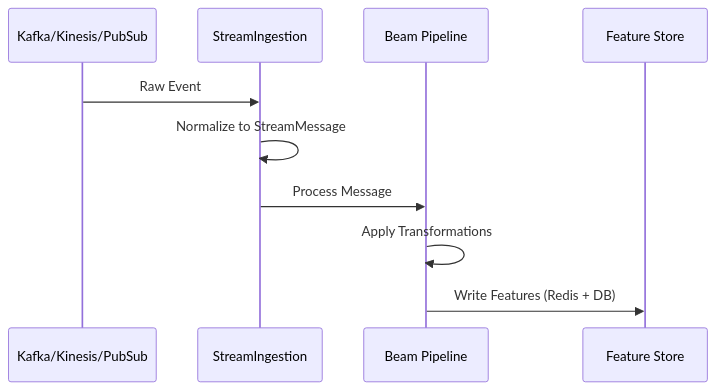
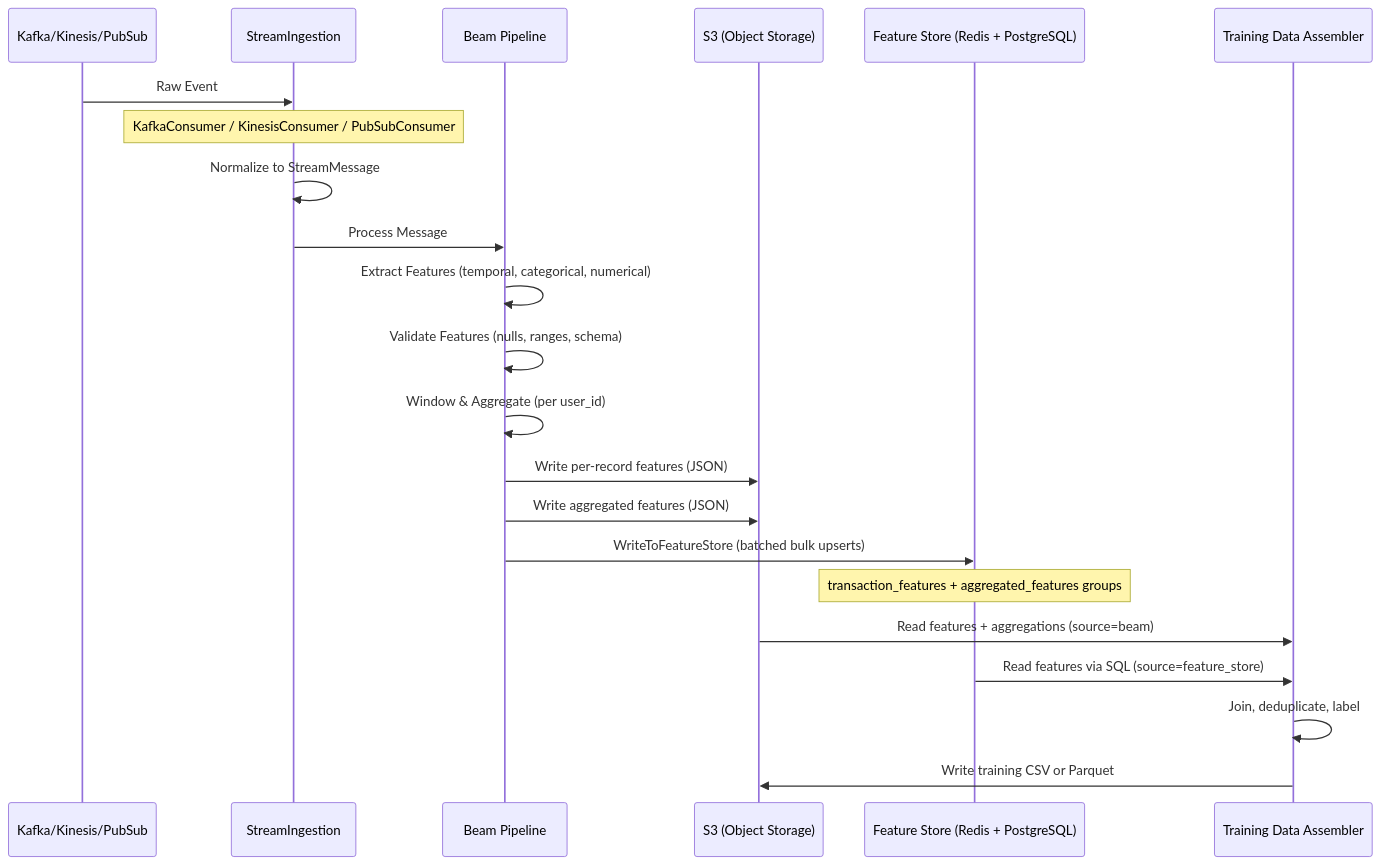
Before and after one commit to ItaloPinheiro/rt-ml-multicloud-platform: the first of 4 diagrams in docs/architecture/data_flow.md, drawn with Mermaid. The commit also changed other lines of this file and 22 other files, not shown here.

First line of the commit message:
feat: Integrate Feature Store into training pipeline and demo workflow

````diff
--- a/docs/architecture/data_flow.md
+++ b/docs/architecture/data_flow.md
@@ -9,13 +9,25 @@
 ```mermaid
 sequenceDiagram
     participant Source as Kafka/Kinesis/PubSub
     participant Ingestion as StreamIngestion
     participant Beam as Beam Pipeline
-    participant FS as Feature Store
+    participant S3 as S3 (Object Storage)
+    participant FS as Feature Store (Redis + PostgreSQL)
+    participant Assembler as Training Data Assembler
 
     Source->>Ingestion: Raw Event
+    Note over Ingestion: KafkaConsumer / KinesisConsumer / PubSubConsumer
     Ingestion->>Ingestion: Normalize to StreamMessage
     Ingestion->>Beam: Process Message
-    Beam->>Beam: Apply Transformations
-    Beam->>FS: Write Features (Redis + DB)
+    Beam->>Beam: Extract Features (temporal, categorical, numerical)
+    Beam->>Beam: Validate Features (nulls, ranges, schema)
+    Beam->>Beam: Window & Aggregate (per user_id)
+    Beam->>S3: Write per-record features (JSON)
+    Beam->>S3: Write aggregated features (JSON)
+    Beam->>FS: WriteToFeatureStore (batched bulk upserts)
+    Note over FS: transaction_features + aggregated_features groups
+    S3->>Assembler: Read features + aggregations (source=beam)
+    FS->>Assembler: Read features via SQL (source=feature_store)
+    Assembler->>Assembler: Join, deduplicate, label
+    Assembler->>S3: Write training CSV or Parquet
 ```
````
